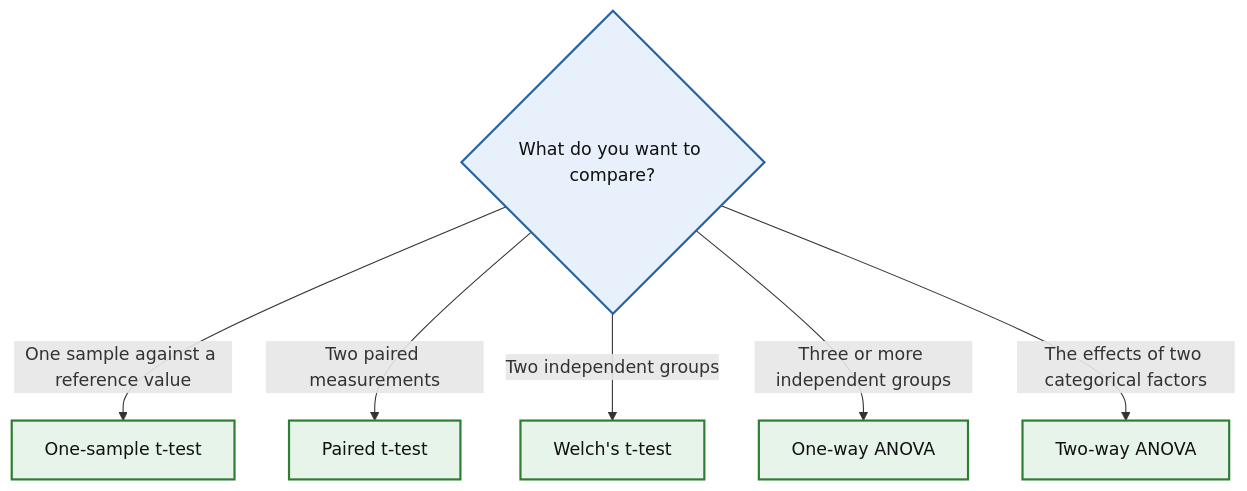
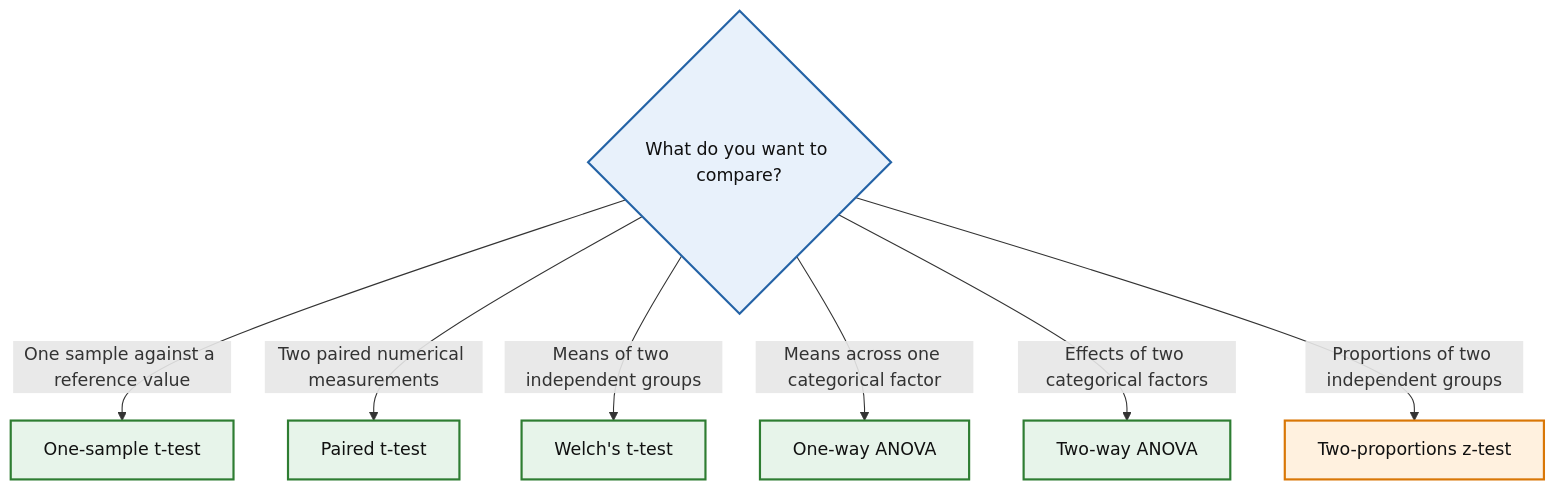
One commit to ironhack-edu/StatNavigator changed the diagram in docs/index.md. Above: the diagram before and after it, drawn with Mermaid. The commit also changed other lines of this file and 1 other file, not shown here.

Commit message:
Added two-proportions-z-test

````diff
--- a/docs/index.md
+++ b/docs/index.md
@@ -5,23 +5,26 @@
 ```mermaid
 flowchart TD
+    START{"What do you want to compare?"};
 
-    START{"What do you want to compare?"}
+    START -->|"One sample against a reference value"| ONE["One-sample t-test"];
+    START -->|"Two paired numerical measurements"| PAIRED["Paired t-test"];
+    START -->|"Means of two independent groups"| WELCH["Welch's t-test"];
+    START -->|"Means across one categorical factor"| ANOVA1["One-way ANOVA"];
+    START -->|"Effects of two categorical factors"| ANOVA2["Two-way ANOVA"];
+    START -->|"Proportions of two independent groups"| PROP2["Two-proportions z-test"];
 
-    START -->|"One sample against a reference value"| ONE["One-sample t-test"]
-    START -->|"Two paired measurements"| PAIRED["Paired t-test"]
-    START -->|"Two independent groups"| WELCH["Welch's t-test"]
-    START -->|"Three or more independent groups"| ANOVA1["One-way ANOVA"]
-    START -->|"The effects of two categorical factors"| ANOVA2["Two-way ANOVA"]
-
-    click ONE "tests/one-sample-t-test/" "Open the One-sample t-test card"
-    click PAIRED "tests/paired-t-test/" "Open the Paired t-test card"
-    click WELCH "tests/welch-t-test/" "Open the Welch's t-test card"
-    click ANOVA1 "tests/one-way-anova/" "Open the One-way ANOVA card"
-    click ANOVA2 "tests/two-way-anova/" "Open the Two-way ANOVA card"
+    click ONE "tests/one-sample-t-test/" "Open the One-sample t-test card";
+    click PAIRED "tests/paired-t-test/" "Open the Paired t-test card";
+    click WELCH "tests/welch-t-test/" "Open the Welch's t-test card";
+    click ANOVA1 "tests/one-way-anova/" "Open the One-way ANOVA card";
+    click ANOVA2 "tests/two-way-anova/" "Open the Two-way ANOVA card";
+    click PROP2 "tests/two-proportions-z-test/" "Open the Two-proportions z-test card";
 
     classDef question fill:#e8f1fb,stroke:#2463a6,stroke-width:2px,color:#111;
     classDef continuous fill:#e7f4ea,stroke:#2e7d32,stroke-width:2px,color:#111;
+    classDef proportion fill:#fff1df,stroke:#d97706,stroke-width:2px,color:#111;
 
     class START question;
     class ONE,PAIRED,WELCH,ANOVA1,ANOVA2 continuous;
+    class PROP2 proportion;
 ```
````
